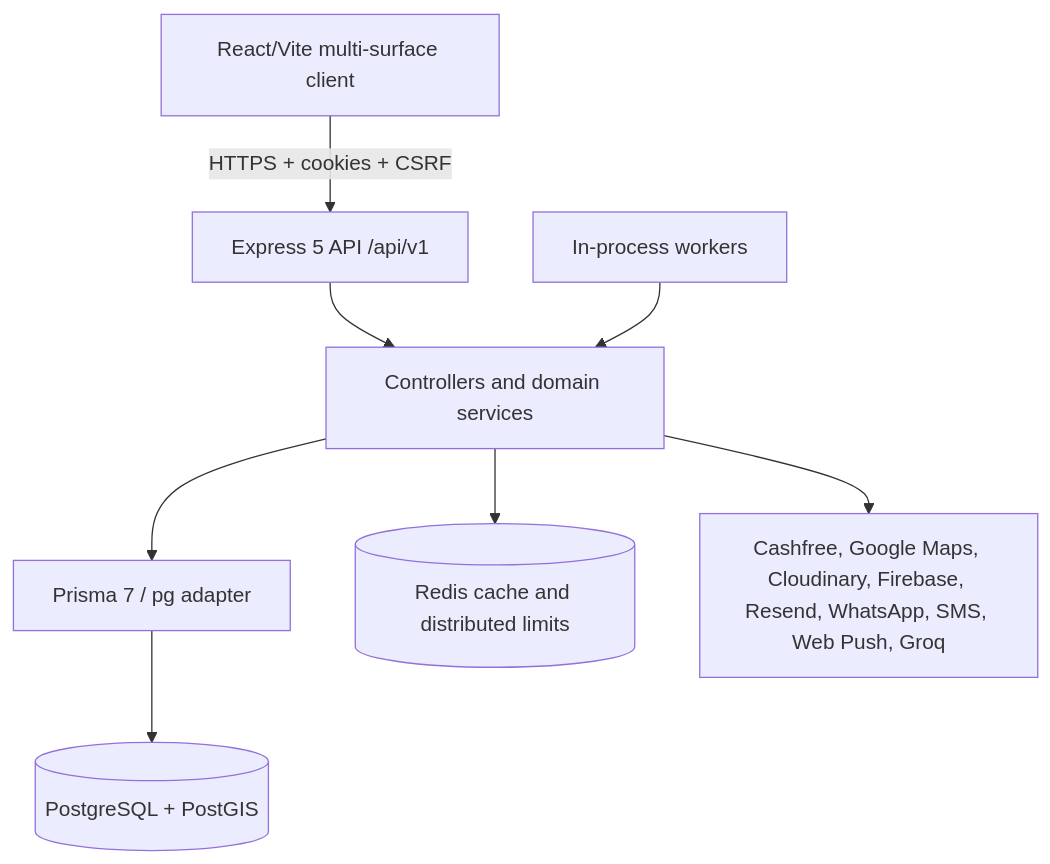
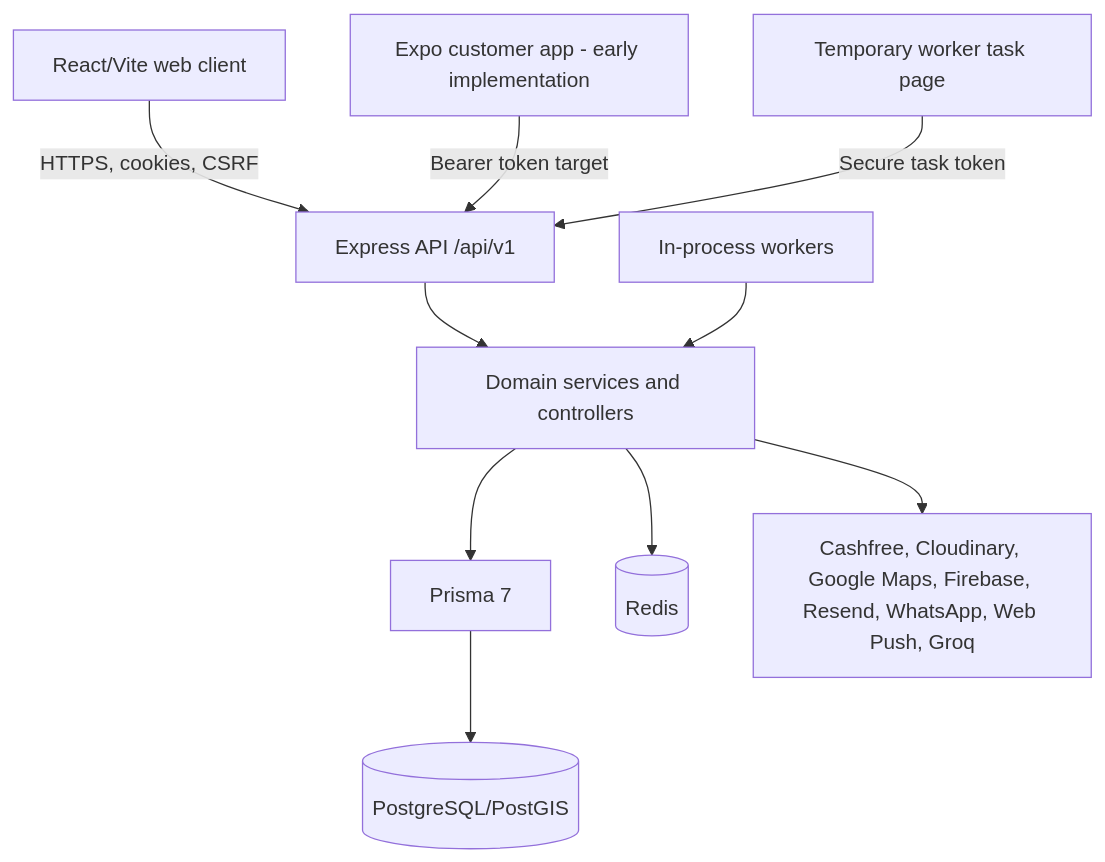
The diagram in README.md (Aayush20253534/Garage-startup), drawn with Mermaid before and after one commit. The commit also changed other lines of this file and 24 other files, not shown here.

````diff
--- a/README.md
+++ b/README.md
@@ -21,10 +23,12 @@
 ```mermaid
 flowchart TD
-    UI["React/Vite multi-surface client"] -->|"HTTPS + cookies + CSRF"| API["Express 5 API /api/v1"]
-    API --> Domain["Controllers and domain services"]
-    Domain --> Prisma["Prisma 7 / pg adapter"]
-    Prisma --> DB[("PostgreSQL + PostGIS")]
-    Domain --> Redis[("Redis cache and distributed limits")]
-    Domain --> Providers["Cashfree, Google Maps, Cloudinary, Firebase, Resend, WhatsApp, SMS, Web Push, Groq"]
-    Workers["In-process workers"] --> Domain
+    Browser["React/Vite web client"] -->|HTTPS, cookies, CSRF| API["Express API /api/v1"]
+    Mobile["Expo customer app - early implementation"] -->|Bearer token target| API
+    Worker["Temporary worker task page"] -->|Secure task token| API
+    API --> Services["Domain services and controllers"]
+    Services --> Prisma["Prisma 7"]
+    Prisma --> DB[(PostgreSQL/PostGIS)]
+    Services --> Redis[(Redis)]
+    Services --> Providers["Cashfree, Cloudinary, Google Maps, Firebase, Resend, WhatsApp, Web Push, Groq"]
+    Jobs["In-process workers"] --> Services
 ```
````
